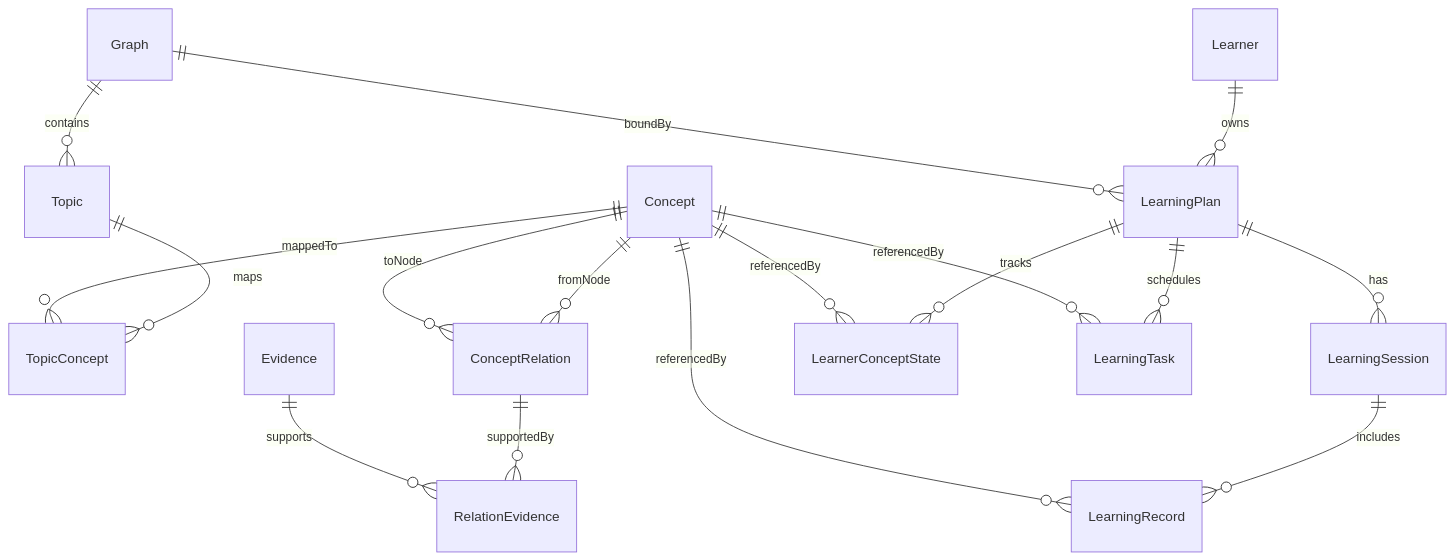
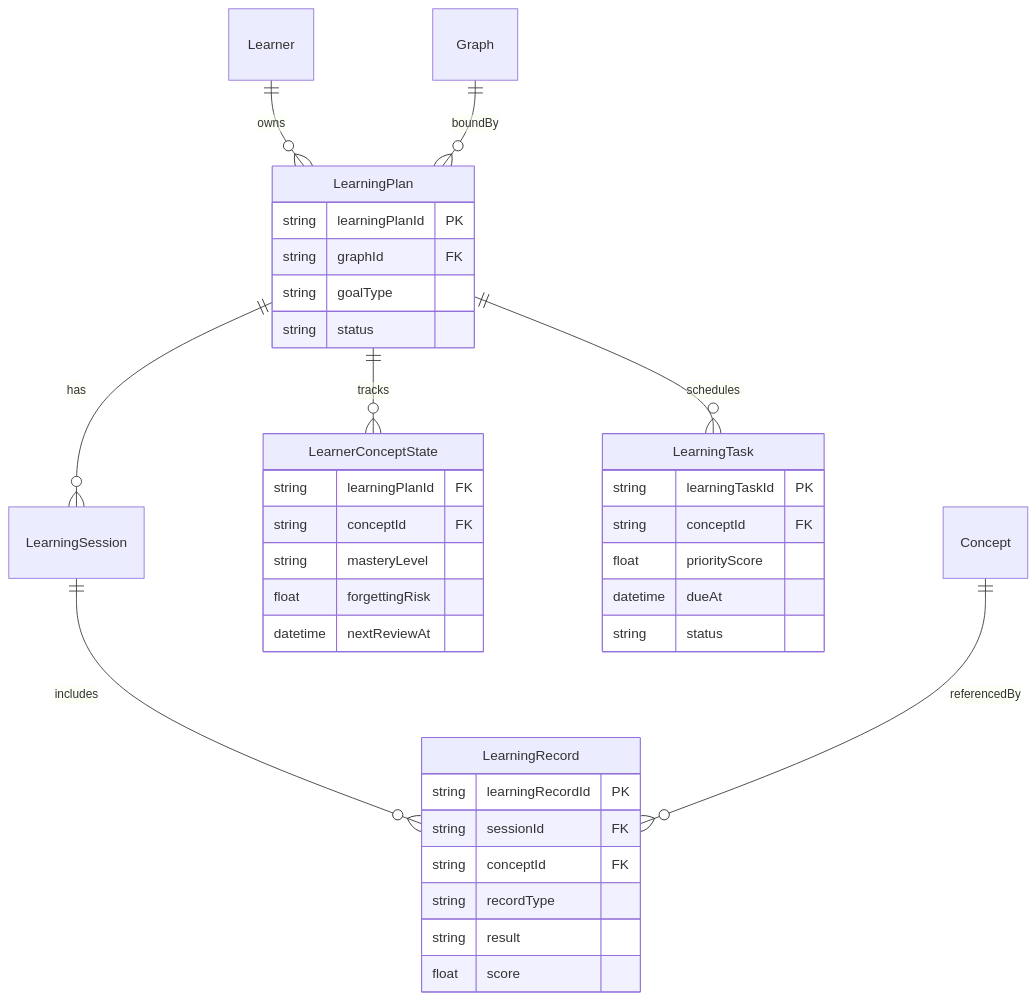
The fourth of 4 diagrams in docs/architecture-design.md (alavten/learn-socratic), drawn with Mermaid before and after one commit. The commit also changed other lines of this file and 29 other files, not shown here.

````diff
--- a/docs/architecture-design.md
+++ b/docs/architecture-design.md
@@ -56,20 +393,39 @@
 ```mermaid
 erDiagram
-    Graph ||--o{ Topic : contains
-    Topic ||--o{ TopicConcept : maps
-    Concept ||--o{ TopicConcept : mappedTo
-    Concept ||--o{ ConceptRelation : fromNode
-    Concept ||--o{ ConceptRelation : toNode
-    ConceptRelation ||--o{ RelationEvidence : supportedBy
-    Evidence ||--o{ RelationEvidence : supports
-
     Learner ||--o{ LearningPlan : owns
     Graph ||--o{ LearningPlan : boundBy
     LearningPlan ||--o{ LearningSession : has
     LearningSession ||--o{ LearningRecord : includes
     LearningPlan ||--o{ LearnerConceptState : tracks
     LearningPlan ||--o{ LearningTask : schedules
     Concept ||--o{ LearningRecord : referencedBy
-    Concept ||--o{ LearnerConceptState : referencedBy
-    Concept ||--o{ LearningTask : referencedBy
+
+    LearningPlan {
+        string learningPlanId PK
+        string graphId FK
+        string goalType
+        string status
+    }
+    LearningRecord {
+        string learningRecordId PK
+        string sessionId FK
+        string conceptId FK
+        string recordType
+        string result
+        float score
+    }
+    LearnerConceptState {
+        string learningPlanId FK
+        string conceptId FK
+        string masteryLevel
+        float forgettingRisk
+        datetime nextReviewAt
+    }
+    LearningTask {
+        string learningTaskId PK
+        string conceptId FK
+        float priorityScore
+        datetime dueAt
+        string status
+    }
 ```
````
